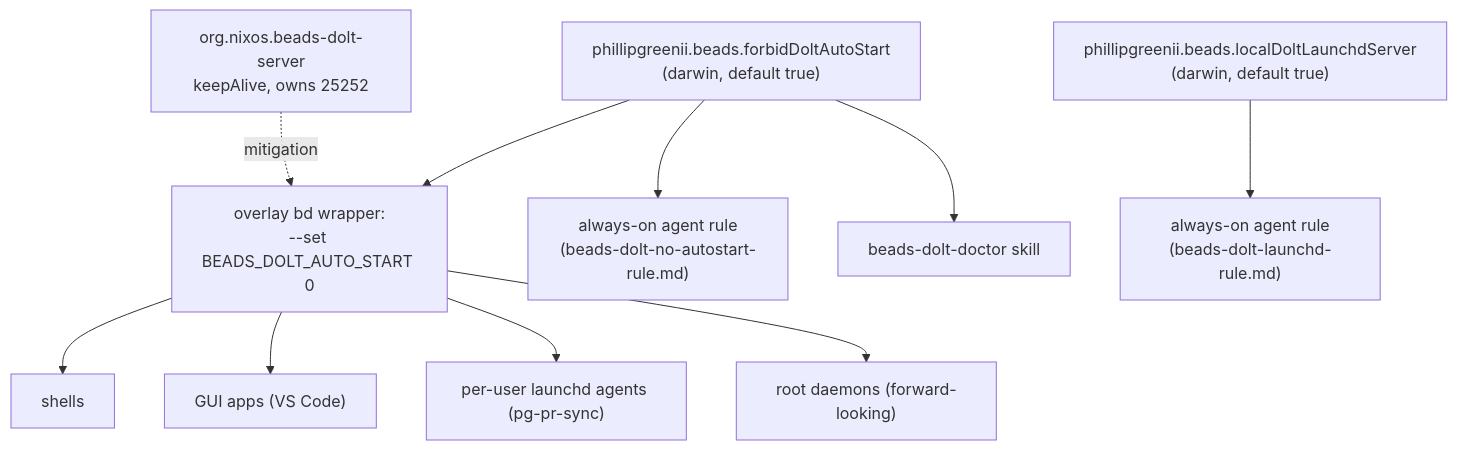
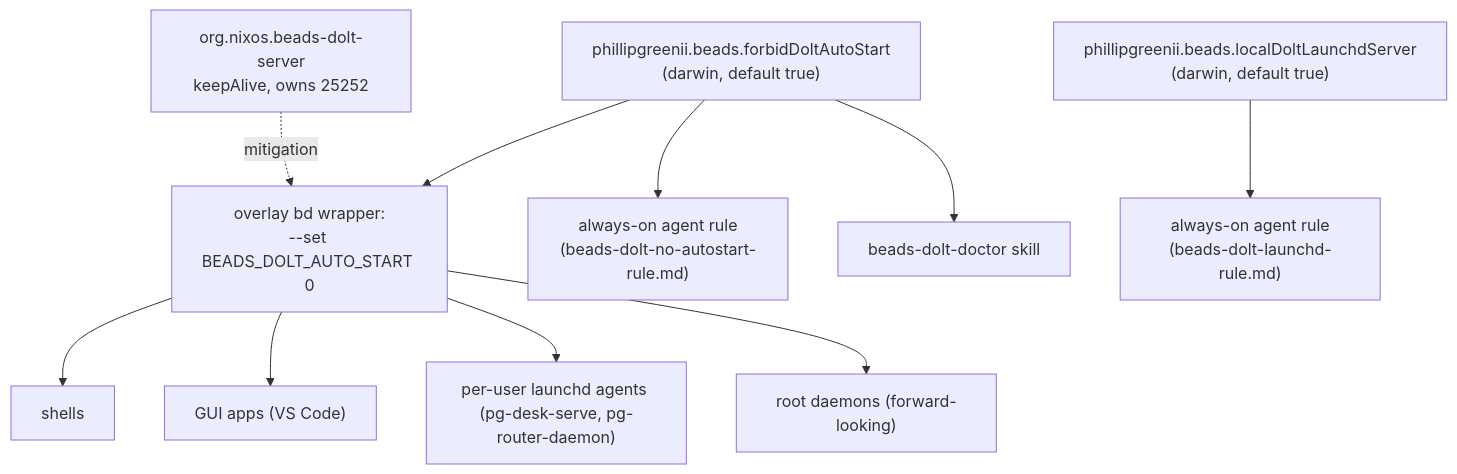
Before and after one commit to phillipgreenii/nix-agent-support: the diagram in docs/runbooks/beads-dolt-no-autostart.md, drawn with Mermaid. The commit also changed other lines of this file and 22 other files, not shown here.

````diff
--- a/docs/runbooks/beads-dolt-no-autostart.md
+++ b/docs/runbooks/beads-dolt-no-autostart.md
@@ -21,14 +21,14 @@
 ```mermaid
 flowchart TD
     FLAG["phillipgreenii.beads.forbidDoltAutoStart\n(darwin, default true)"]
     FLAG --> WRAP["overlay bd wrapper:\n--set BEADS_DOLT_AUTO_START 0"]
     FLAG --> RULE["always-on agent rule\n(beads-dolt-no-autostart-rule.md)"]
     FLAG --> SKILL["beads-dolt-doctor skill"]
     LFLAG["phillipgreenii.beads.localDoltLaunchdServer\n(darwin, default true)"]
     LFLAG --> LRULE["always-on agent rule\n(beads-dolt-launchd-rule.md)"]
     WRAP --> SHELL["shells"]
     WRAP --> GUI["GUI apps (VS Code)"]
-    WRAP --> AGENT["per-user launchd agents (pg-pr-sync)"]
+    WRAP --> AGENT["per-user launchd agents (pg-desk-serve, pg-router-daemon)"]
     WRAP --> ROOT["root daemons (forward-looking)"]
     DAEMON["org.nixos.beads-dolt-server\nkeepAlive, owns 25252"] -. mitigation .-> WRAP
 ```
````
